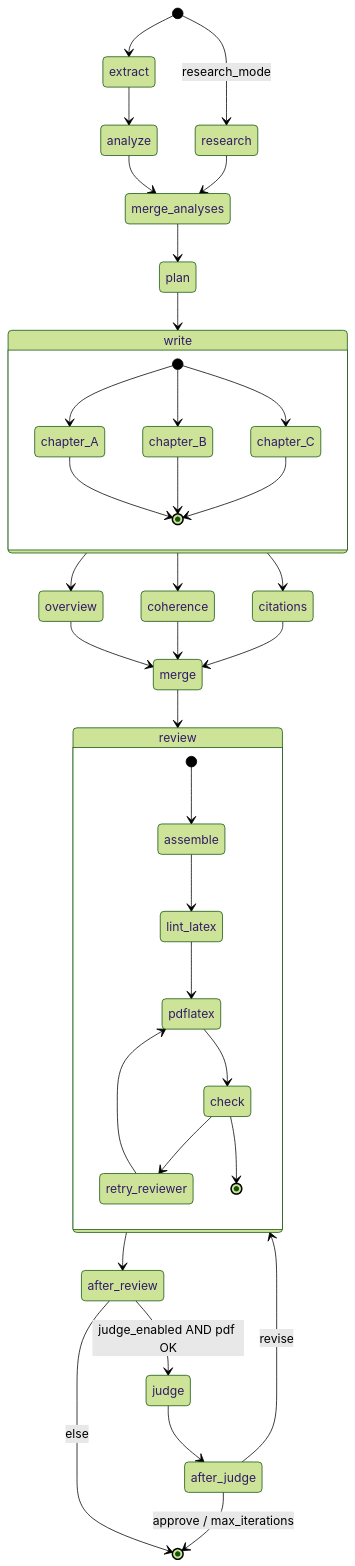
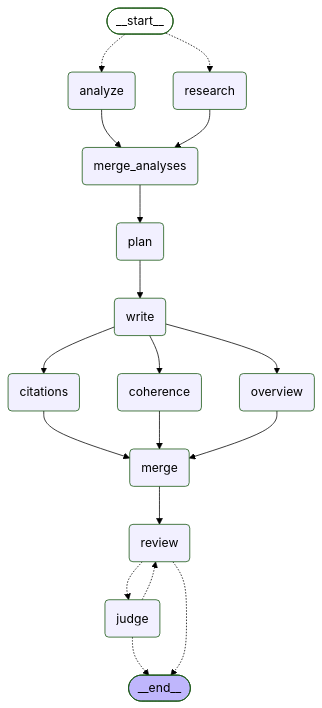
Before and after one commit to GiuseppeBellamacina/PDF2Latex: the second of 2 diagrams in README.MD, drawn with Mermaid (forest theme). The commit also changed other lines of this file and 54 other files, not shown here.

````diff
--- a/README.MD
+++ b/README.MD
@@ -66,47 +68,41 @@
 ```mermaid
-stateDiagram-v2
-    [*] --> extract
-    extract --> analyze
-    [*] --> research : research_mode
-    analyze --> merge_analyses
-    research --> merge_analyses
-    merge_analyses --> plan
-    plan --> write
-
-    state write {
-        [*] --> chapter_A
-        [*] --> chapter_B
-        [*] --> chapter_C
-        chapter_A --> [*]
-        chapter_B --> [*]
-        chapter_C --> [*]
-    }
-
-    write --> overview
-    write --> coherence
-    write --> citations
-
-    overview --> merge
-    coherence --> merge
-    citations --> merge
-
-    merge --> review
-
-    state review {
-        [*] --> assemble
-        assemble --> lint_latex
-        lint_latex --> pdflatex
-        pdflatex --> check
-        check --> retry_reviewer
-        retry_reviewer --> pdflatex
-        check --> [*]
-    }
-
-    review --> after_review
-    after_review --> judge : judge_enabled AND pdf OK
-    after_review --> [*] : else
-
-    judge --> after_judge
-    after_judge --> review : revise
-    after_judge --> [*] : approve / max_iterations
+---
+config:
+  flowchart:
+    curve: basis
+---
+graph TD;
+	__start__([<p>__start__</p>]):::first
+	analyze(analyze)
+	research(research)
+	merge_analyses(merge_analyses)
+	plan(plan)
+	write(write)
+	overview(overview)
+	coherence(coherence)
+	citations(citations)
+	merge(merge)
+	review(review)
+	judge(judge)
+	__end__([<p>__end__</p>]):::last
+	__start__ -.-> analyze;
+	__start__ -.-> research;
+	analyze --> merge_analyses;
+	citations --> merge;
+	coherence --> merge;
+	judge -.-> __end__;
+	judge -.-> review;
+	merge --> review;
+	merge_analyses --> plan;
+	overview --> merge;
+	plan --> write;
+	research --> merge_analyses;
+	review -.-> __end__;
+	review -.-> judge;
+	write --> citations;
+	write --> coherence;
+	write --> overview;
+	classDef default fill:#f2f0ff,line-height:1.2
+	classDef first fill-opacity:0
+	classDef last fill:#bfb6fc
 ```
````
